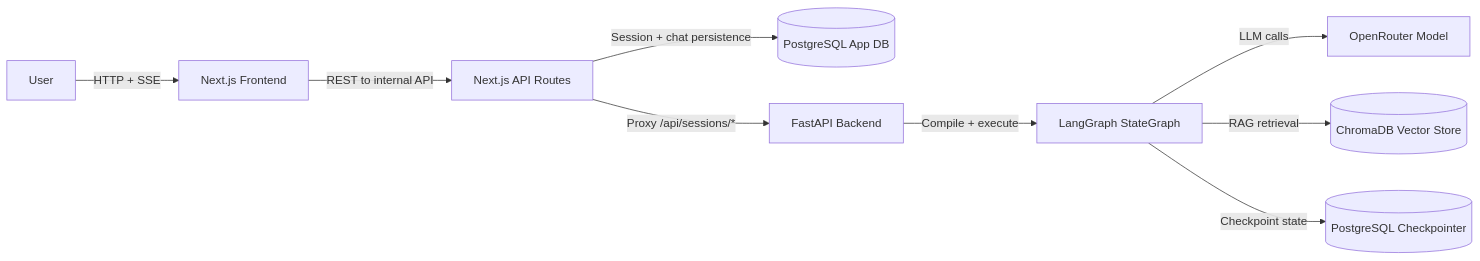
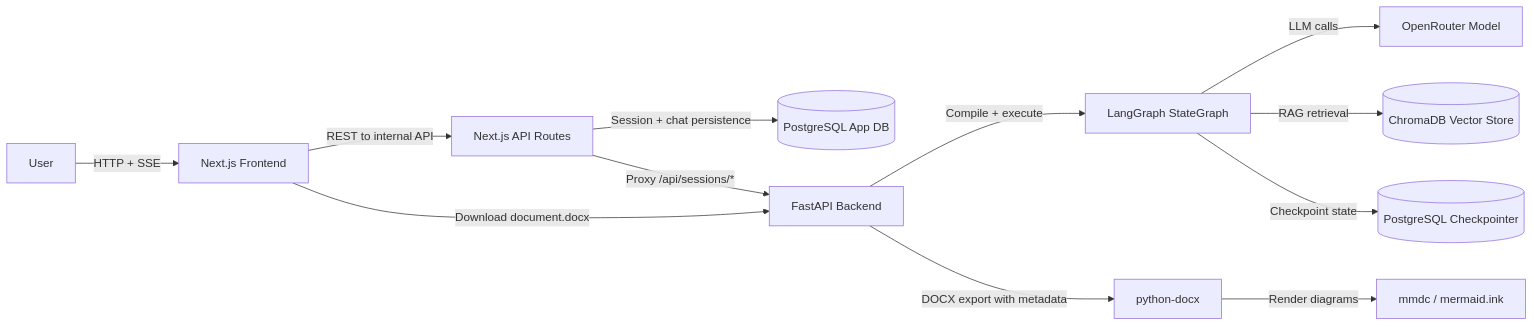
The first of 2 diagrams in README.md (Ta1al/automated-SRS-generator), drawn with Mermaid before and after one commit. The commit also changed 3 other files, not shown here.

Commit message:
feat: update documentation to include DOCX export process and related components

````diff
--- a/README.md
+++ b/README.md
@@ -15,12 +15,16 @@
 ```mermaid
 flowchart LR
     User[User] -->|HTTP + SSE| Frontend[Next.js Frontend]
     Frontend -->|REST to internal API| PrismaApi[Next.js API Routes]
     PrismaApi -->|Session + chat persistence| PgApp[(PostgreSQL App DB)]
     PrismaApi -->|Proxy /api/sessions/*| FastAPI[FastAPI Backend]
 
     FastAPI -->|Compile + execute| Graph[LangGraph StateGraph]
     Graph -->|LLM calls| OpenRouter[OpenRouter Model]
     Graph -->|RAG retrieval| Chroma[(ChromaDB Vector Store)]
     Graph -->|Checkpoint state| PgCheckpoint[(PostgreSQL Checkpointer)]
+    
+    Frontend -->|Download document.docx| FastAPI
+    FastAPI -->|DOCX export with metadata| DocxExport[python-docx]
+    DocxExport -->|Render diagrams| MermaidRender[mmdc / mermaid.ink]
 ```
````
